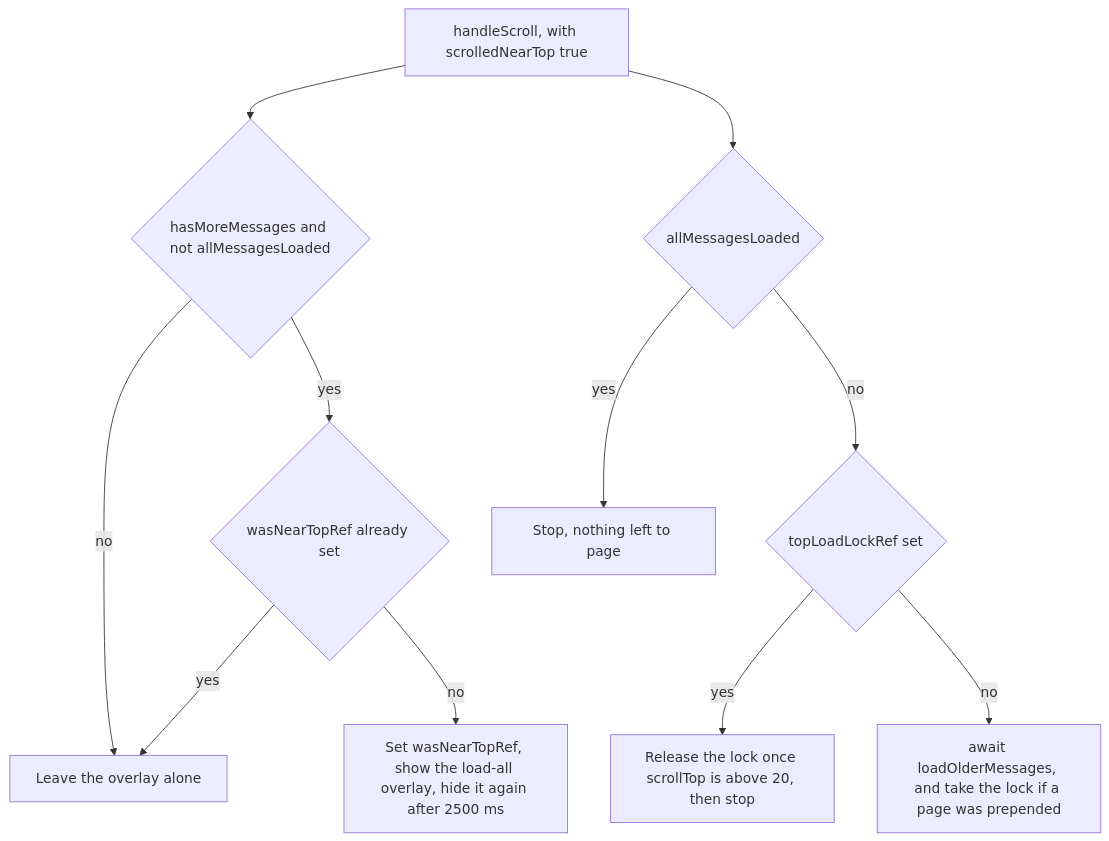
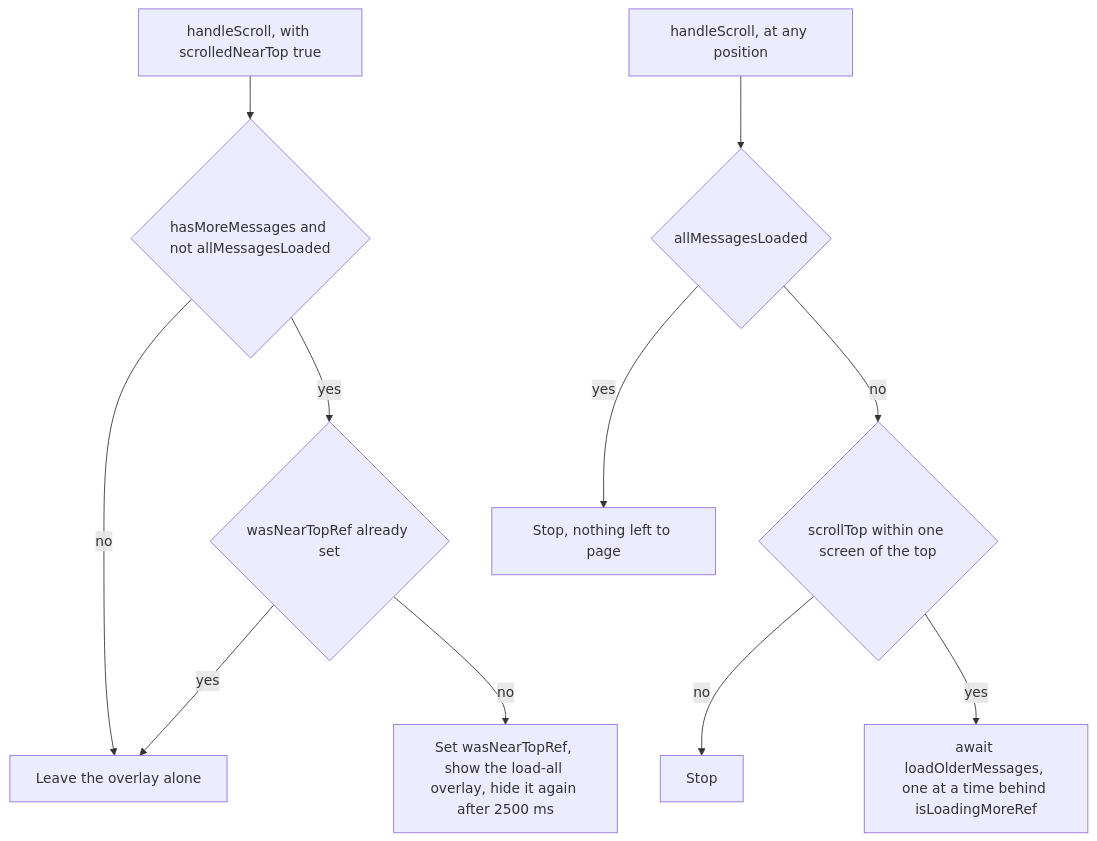
One commit to ScottDeJesus/claudecodeui_lyphe changed the fifth of 5 diagrams in docs/architecture/05-scrolling.md. Above: the diagram before and after it, drawn with Mermaid. The commit also changed other lines of this file and 146 other files, not shown here.

````diff
--- a/docs/architecture/05-scrolling.md
+++ b/docs/architecture/05-scrolling.md
@@ -276,13 +281,13 @@
 ```mermaid
 flowchart TD
   A["handleScroll, with scrolledNearTop true"] --> B{"hasMoreMessages and not allMessagesLoaded"}
   B -->|"no"| C["Leave the overlay alone"]
   B -->|"yes"| D{"wasNearTopRef already set"}
   D -->|"yes"| C
   D -->|"no"| E["Set wasNearTopRef, show the load-all overlay, hide it again after 2500 ms"]
-  A --> F{"allMessagesLoaded"}
+  P["handleScroll, at any position"] --> F{"allMessagesLoaded"}
   F -->|"yes"| G["Stop, nothing left to page"]
-  F -->|"no"| H{"topLoadLockRef set"}
-  H -->|"yes"| I["Release the lock once scrollTop is above 20, then stop"]
-  H -->|"no"| J["await loadOlderMessages, and take the lock if a page was prepended"]
+  F -->|"no"| H{"scrollTop within one screen of the top"}
+  H -->|"no"| I["Stop"]
+  H -->|"yes"| J["await loadOlderMessages, one at a time behind isLoadingMoreRef"]
 ```
````
